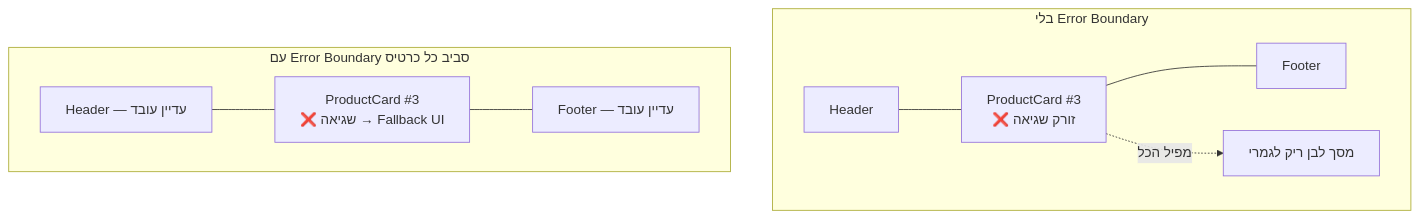
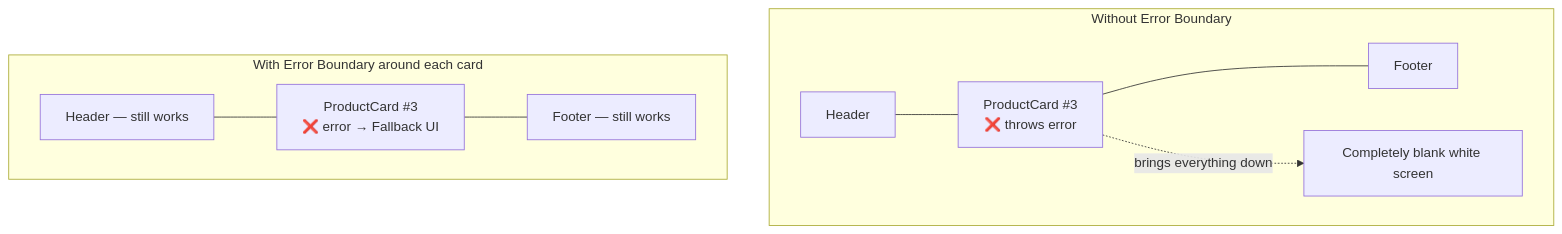
One commit to neriyaMalachi/FullStack_kodkode_5 changed the diagram in content/docs/react/97-react-error-boundaries-content.md. Above: the diagram before and after it, drawn with Mermaid. The commit also changed other lines of this file and 117 other files, not shown here.

````diff
--- a/content/docs/react/97-react-error-boundaries-content.md
+++ b/content/docs/react/97-react-error-boundaries-content.md
@@ -57,10 +57,10 @@
 ```mermaid
 flowchart TD
-    subgraph without["בלי Error Boundary"]
-        X1["Header"] --- X2["ProductCard #3<br/>❌ זורק שגיאה"] --- X3["Footer"]
-        X2 -.->|"מפיל הכל"| Xall["מסך לבן ריק לגמרי"]
+    subgraph without["Without Error Boundary"]
+        X1["Header"] --- X2["ProductCard #3<br/>❌ throws error"] --- X3["Footer"]
+        X2 -.->|"brings everything down"| Xall["Completely blank white screen"]
     end
-    subgraph with["עם Error Boundary סביב כל כרטיס"]
-        Y1["Header — עדיין עובד"] --- Y2["ProductCard #3<br/>❌ שגיאה → Fallback UI"] --- Y3["Footer — עדיין עובד"]
+    subgraph with["With Error Boundary around each card"]
+        Y1["Header — still works"] --- Y2["ProductCard #3<br/>❌ error → Fallback UI"] --- Y3["Footer — still works"]
     end
 ```
````
